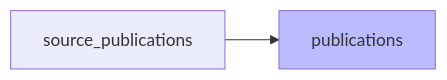
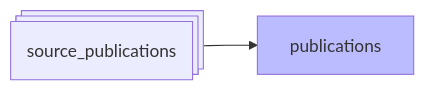
The diagram in docs/pipeline/05-publications.md (Y33sha/bibliometrie-uca), drawn with Mermaid before and after one commit. The commit also changed 27 other files, not shown here.

````diff
--- a/docs/pipeline/05-publications.md
+++ b/docs/pipeline/05-publications.md
@@ -3,6 +3,6 @@
 ```mermaid
 flowchart LR
-    A[source_publications]-->B[publications]
+    A@{ shape: procs, label: "source_publications"}-->B[publications]
     classDef new  fill:#bbf
     class B new;
 ```
````
